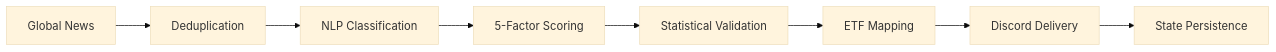
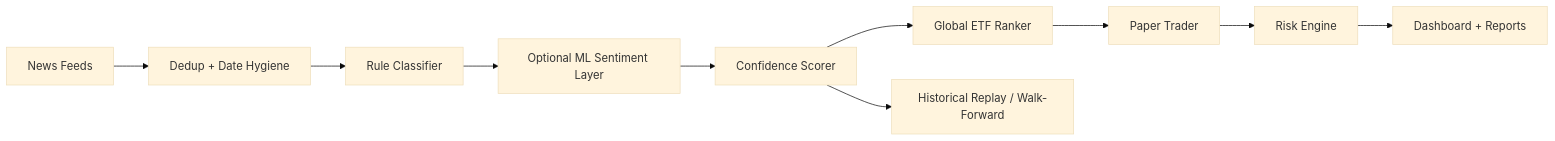
The diagram in README.md (gitdhirajsv/Azalyst-ETF-Intelligence), drawn with Mermaid (base theme) before and after one commit. The commit also changed other lines of this file and 18 other files, not shown here.

Commit message:
Upgrade Azalyst into a global ETF intelligence platform

````diff
--- a/README.md
+++ b/README.md
@@ -93,10 +21,12 @@
 ```mermaid
 flowchart LR
-    A["Global News"] --> B["Deduplication"]
-    B --> C["NLP Classification"]
-    C --> D["5-Factor Scoring"]
-    D --> E["Statistical Validation"]
-    E --> F["ETF Mapping"]
-    F --> G["Discord Delivery"]
-    G --> H["State Persistence"]
+    A["News Feeds"] --> B["Dedup + Date Hygiene"]
+    B --> C["Rule Classifier"]
+    C --> D["Optional ML Sentiment Layer"]
+    D --> E["Confidence Scorer"]
+    E --> F["Global ETF Ranker"]
+    F --> G["Paper Trader"]
+    G --> H["Risk Engine"]
+    H --> I["Dashboard + Reports"]
+    E --> J["Historical Replay / Walk-Forward"]
 ```
````
